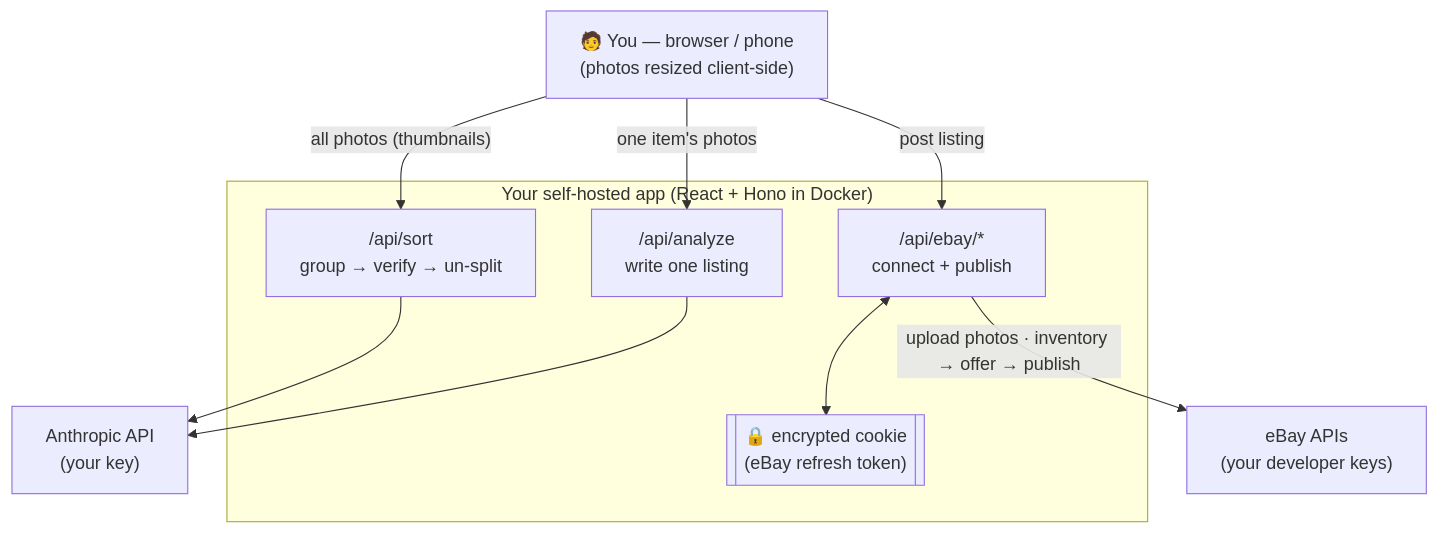
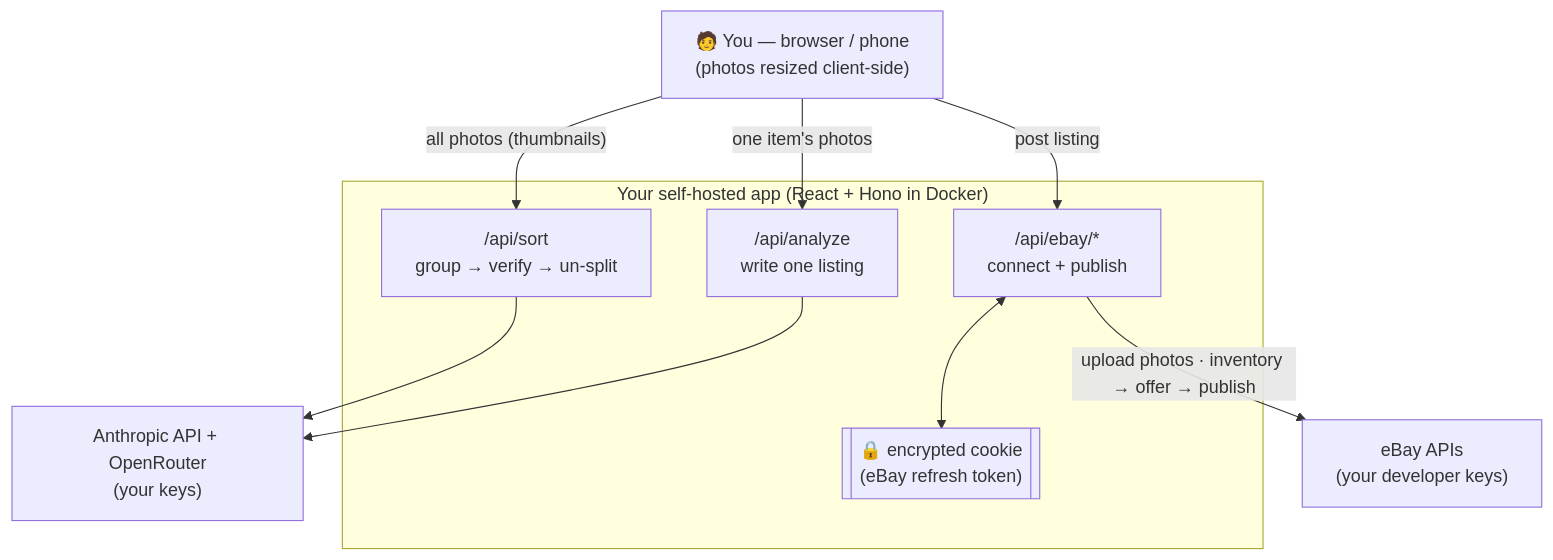
The diagram in README.md (monkeyx-net/hahm-ebay-lister), drawn with Mermaid before and after one commit. The commit also changed other lines of this file and 10 other files, not shown here.

First line of the commit message:
Add OpenRouter as a second AI provider for free/cheap model choice

````diff
--- a/README.md
+++ b/README.md
@@ -276,20 +281,20 @@
 ```mermaid
 flowchart TD
     U["🧑 You — browser / phone<br/>(photos resized client-side)"]
     subgraph V["Your self-hosted app (React + Hono in Docker)"]
         S["/api/sort<br/>group → verify → un-split"]
         A["/api/analyze<br/>write one listing"]
         E["/api/ebay/*<br/>connect + publish"]
         C[["🔒 encrypted cookie<br/>(eBay refresh token)"]]
     end
-    AN["Anthropic API<br/>(your key)"]
+    AN["Anthropic API + OpenRouter<br/>(your keys)"]
     EB["eBay APIs<br/>(your developer keys)"]
 
     U -->|"all photos (thumbnails)"| S
     U -->|"one item's photos"| A
     U -->|"post listing"| E
     S --> AN
     A --> AN
     E <--> C
     E -->|"upload photos · inventory → offer → publish"| EB
 ```
````
